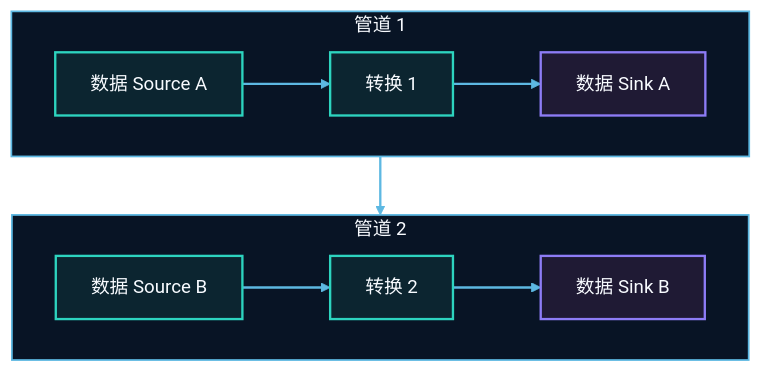
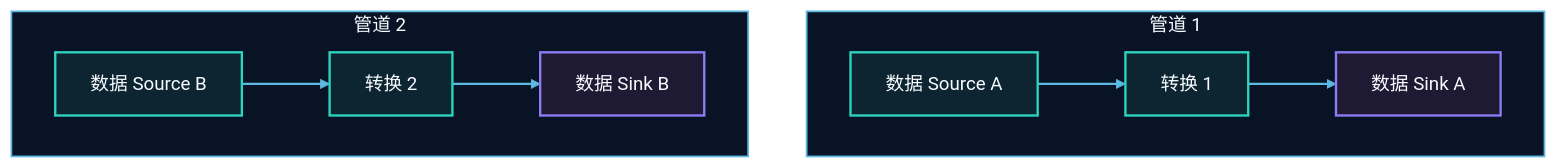
Before and after one commit to apache/seatunnel: the fourth of 7 diagrams in docs/zh/architecture/overview.md, drawn with Mermaid. The commit also changed 5 other files, not shown here.

Commit message:
[Docs] Fix architecture diagram semantics

````diff
--- a/docs/zh/architecture/overview.md
+++ b/docs/zh/architecture/overview.md
@@ -195,23 +197,21 @@
 ```mermaid
 flowchart TB
     subgraph pipeline1["管道 1"]
         direction LR
         sourceA["数据 Source A"] --> transformA["转换 1"] --> sinkA["数据 Sink A"]
     end
 
     subgraph pipeline2["管道 2"]
         direction LR
         sourceB["数据 Source B"] --> transformB["转换 2"] --> sinkB["数据 Sink B"]
     end
 
-    transformA --> transformB
-
     classDef layerCyan fill:#0c2530,stroke:#2dd4bf,stroke-width:2px,color:#f8fbff;
     classDef layerPurple fill:#1f1a34,stroke:#8d7cf6,stroke-width:2px,color:#f8fbff;
 
     class sourceA,sourceB,transformA,transformB layerCyan;
     class sinkA,sinkB layerPurple;
     style pipeline1 fill:#081425,stroke:#5db8e2,stroke-width:1.5px,color:#f8fbff;
     style pipeline2 fill:#081425,stroke:#5db8e2,stroke-width:1.5px,color:#f8fbff;
     linkStyle default stroke:#5db8e2,stroke-width:2px;
 ```
````
